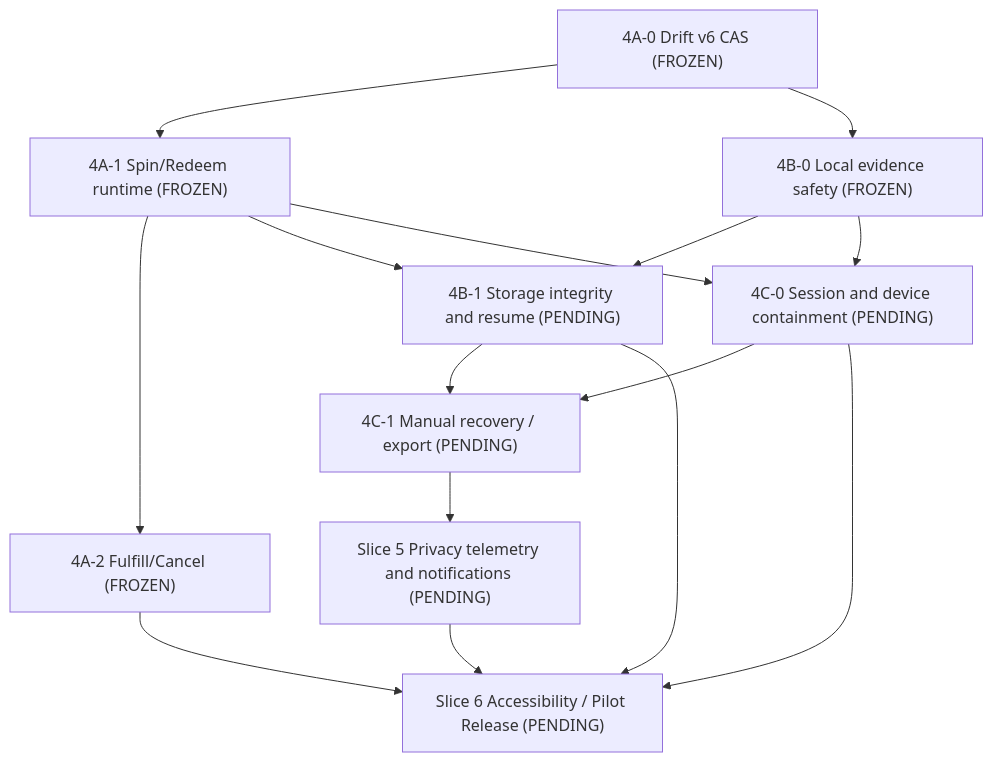
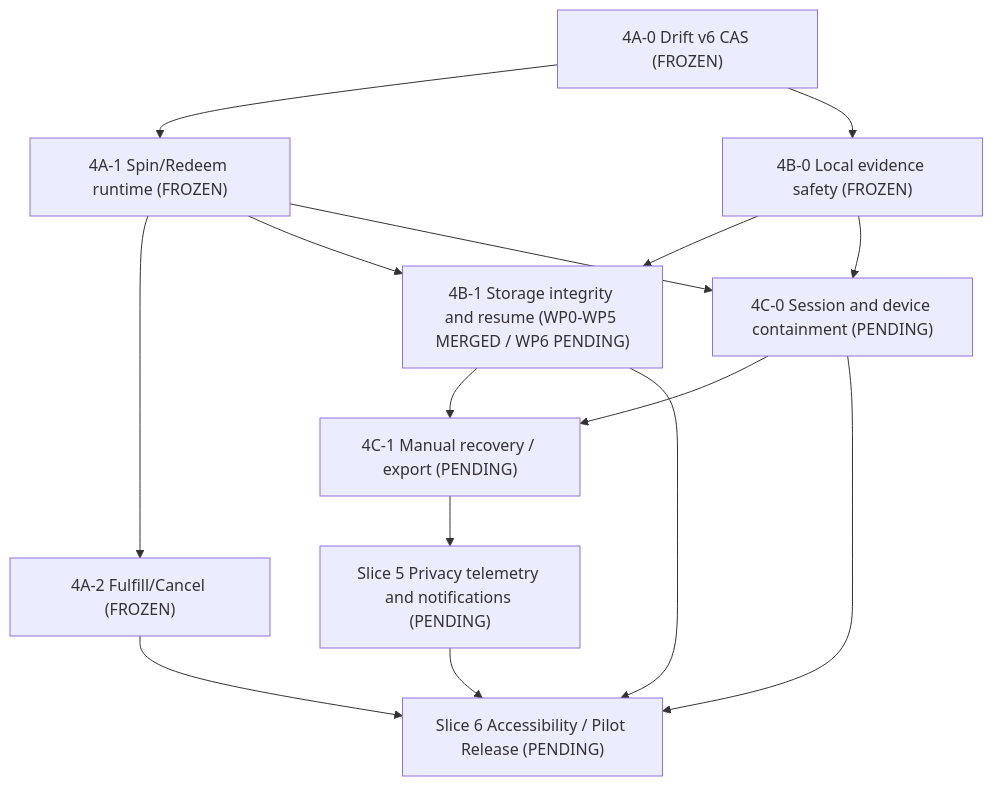
Before and after one commit to thedusk4203/LearnWard: the diagram in docs/21-phase-6-master-delivery-and-pilot-gates.md, drawn with Mermaid. The commit also changed other lines of this file and 1 other file, not shown here.

````diff
--- a/docs/21-phase-6-master-delivery-and-pilot-gates.md
+++ b/docs/21-phase-6-master-delivery-and-pilot-gates.md
@@ -96,17 +97,17 @@
 ```mermaid
 flowchart TD
  A["4A-0 Drift v6 CAS (FROZEN)"] --> B["4A-1 Spin/Redeem runtime (FROZEN)"]
  B --> C["4A-2 Fulfill/Cancel (FROZEN)"]
  A --> D["4B-0 Local evidence safety (FROZEN)"]
- D --> E["4B-1 Storage integrity and resume (PENDING)"]
+ D --> E["4B-1 Storage integrity and resume (WP0-WP5 MERGED / WP6 PENDING)"]
  B --> E
  B --> F["4C-0 Session and device containment (PENDING)"]
  D --> F
  E --> G["4C-1 Manual recovery / export (PENDING)"]
  F --> G
  G --> H["Slice 5 Privacy telemetry and notifications (PENDING)"]
  H --> I["Slice 6 Accessibility / Pilot Release (PENDING)"]
  C --> I
  E --> I
  F --> I
 ```
````
